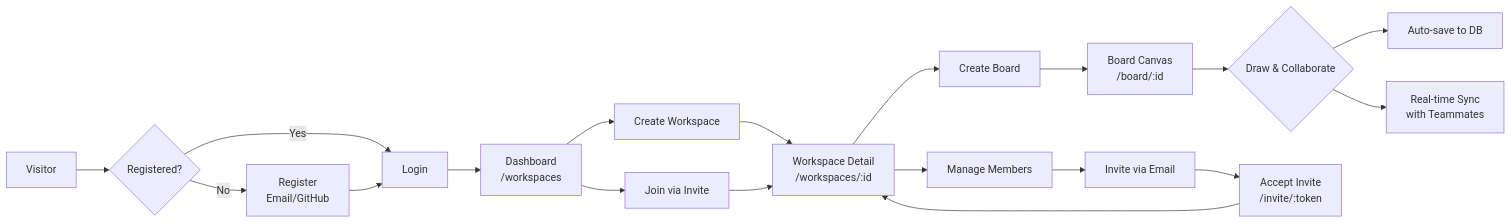
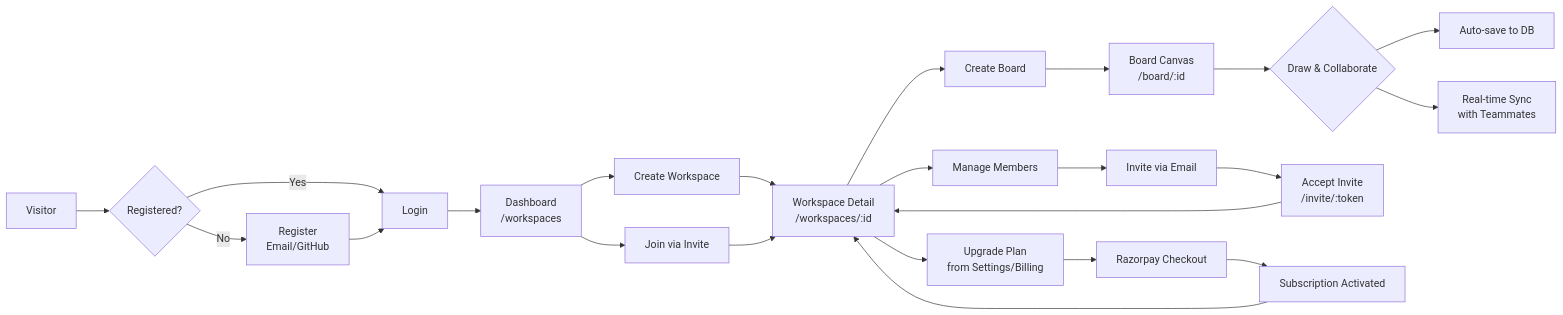
One commit to tushar-180/WhiteBoardSaaS2 changed the fourth of 4 diagrams in README.md. Above: the diagram before and after it, drawn with Mermaid. The commit also changed other lines of this file and 53 other files, not shown here.

````diff
--- a/README.md
+++ b/README.md
@@ -296,21 +365,25 @@
 ```mermaid
 flowchart LR
     A[Visitor] --> B{Registered?}
     B -->|No| C[Register<br/>Email/GitHub]
     B -->|Yes| D[Login]
     C --> D
     D --> E[Dashboard<br/>/workspaces]
     E --> F[Create Workspace]
     E --> G[Join via Invite]
     F --> H[Workspace Detail<br/>/workspaces/:id]
     G --> H
     H --> I[Manage Members]
     H --> J[Create Board]
     J --> K[Board Canvas<br/>/board/:id]
     K --> L{Draw & Collaborate}
     L --> M[Auto-save to DB]
     L --> N[Real-time Sync<br/>with Teammates]
     I --> O[Invite via Email]
     O --> P[Accept Invite<br/>/invite/:token]
     P --> H
+    H --> Q[Upgrade Plan<br/>from Settings/Billing]
+    Q --> R[Razorpay Checkout]
+    R --> S[Subscription Activated]
+    S --> H
 ```
````
